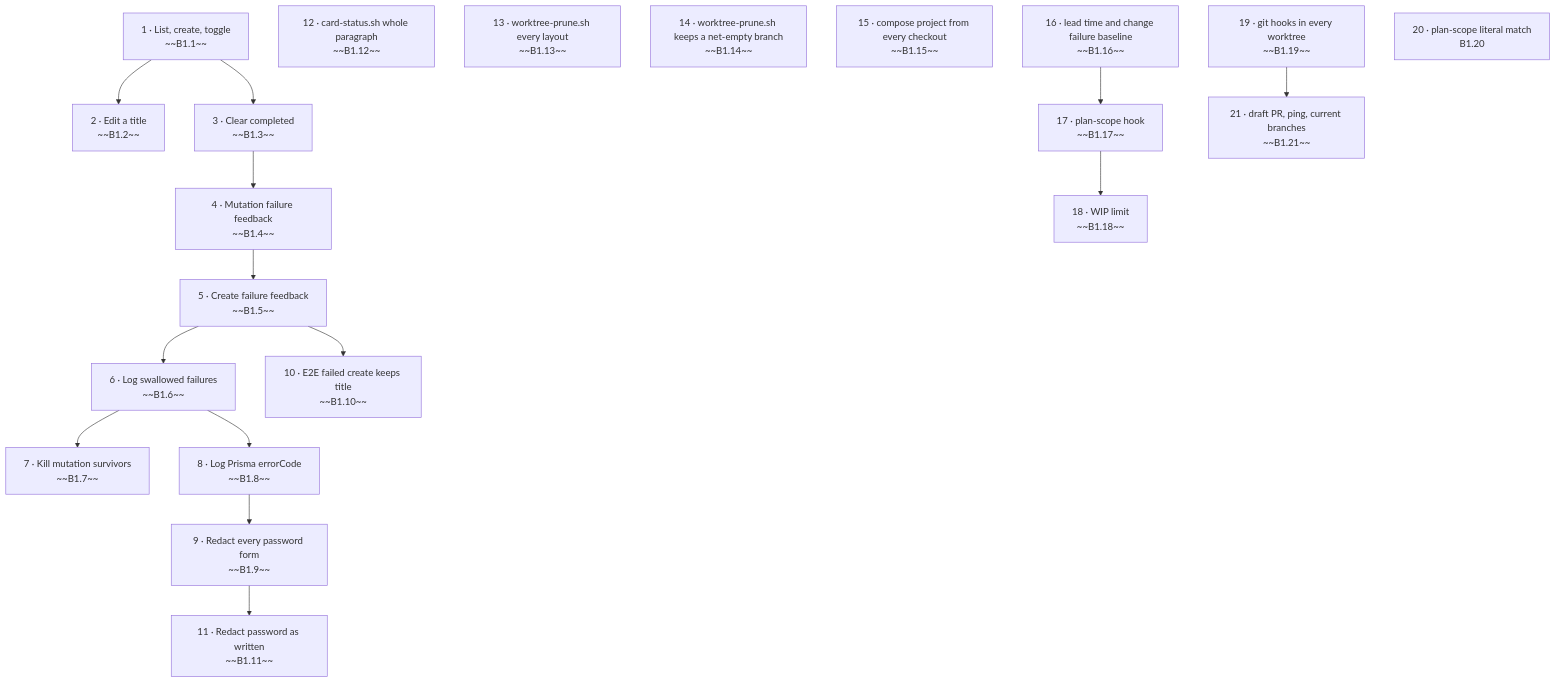
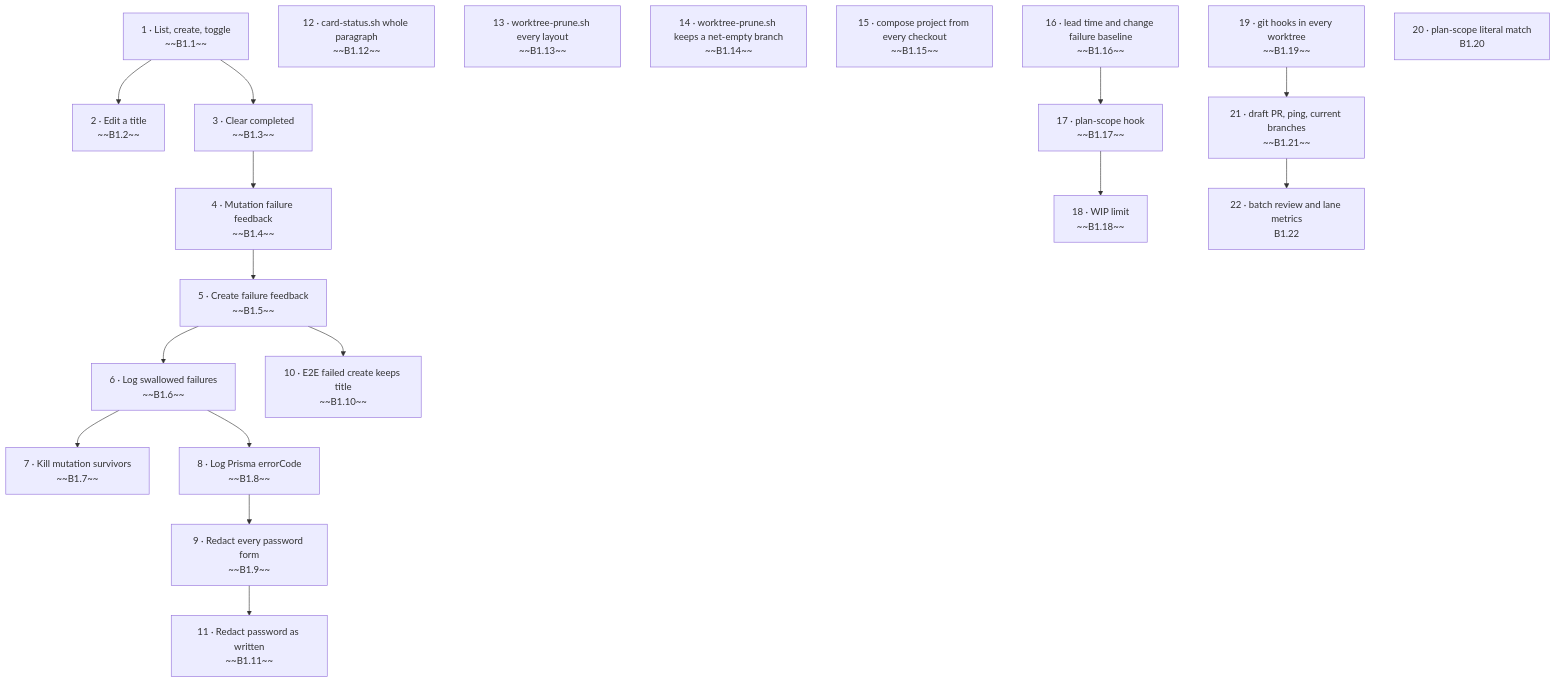
Before and after one commit to st-minhho2/level-up-lab: the diagram in backlog/README.md, drawn with Mermaid. The commit also changed other lines of this file and 1 other file, not shown here.

Commit message:
docs(backlog): card B1.22 batch review and lane metrics

````diff
--- a/backlog/README.md
+++ b/backlog/README.md
@@ -15,37 +15,39 @@
 ```mermaid
 flowchart TD
   S1["1 · List, create, toggle<br/>~~B1.1~~"]
   S2["2 · Edit a title<br/>~~B1.2~~"]
   S3["3 · Clear completed<br/>~~B1.3~~"]
   S1 --> S2
   S4["4 · Mutation failure feedback<br/>~~B1.4~~"]
   S1 --> S3
   S3 --> S4
   S5["5 · Create failure feedback<br/>~~B1.5~~"]
   S4 --> S5
   S6["6 · Log swallowed failures<br/>~~B1.6~~"]
   S5 --> S6
   S7["7 · Kill mutation survivors<br/>~~B1.7~~"]
   S6 --> S7
   S8["8 · Log Prisma errorCode<br/>~~B1.8~~"]
   S6 --> S8
   S9["9 · Redact every password form<br/>~~B1.9~~"]
   S8 --> S9
   S10["10 · E2E failed create keeps title<br/>~~B1.10~~"]
   S5 --> S10
   S11["11 · Redact password as written<br/>~~B1.11~~"]
   S9 --> S11
   S12["12 · card-status.sh whole paragraph<br/>~~B1.12~~"]
   S13["13 · worktree-prune.sh every layout<br/>~~B1.13~~"]
   S14["14 · worktree-prune.sh keeps a net-empty branch<br/>~~B1.14~~"]
   S15["15 · compose project from every checkout<br/>~~B1.15~~"]
   S16["16 · lead time and change failure baseline<br/>~~B1.16~~"]
   S17["17 · plan-scope hook<br/>~~B1.17~~"]
   S18["18 · WIP limit<br/>~~B1.18~~"]
   S19["19 · git hooks in every worktree<br/>~~B1.19~~"]
   S20["20 · plan-scope literal match<br/>B1.20"]
   S21["21 · draft PR, ping, current branches<br/>~~B1.21~~"]
+  S22["22 · batch review and lane metrics<br/>B1.22"]
+  S21 --> S22
   S19 --> S21
   S17 --> S18
   S16 --> S17
 ```
````
